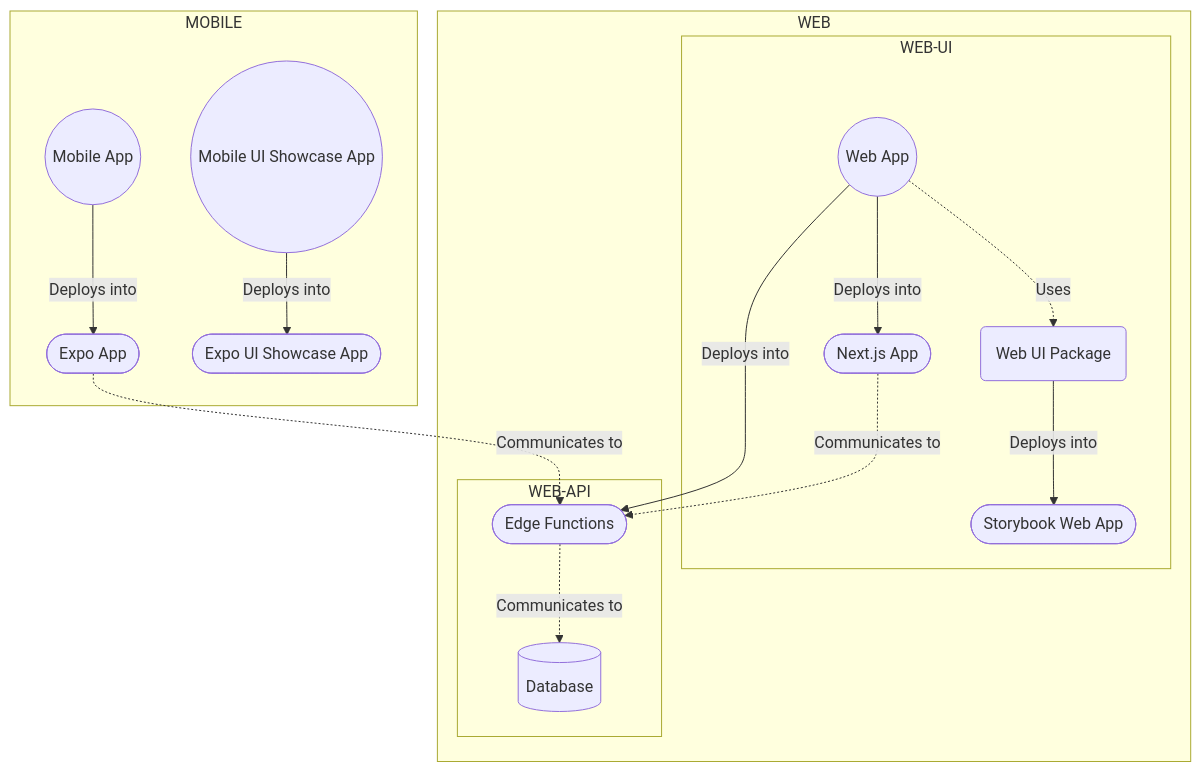
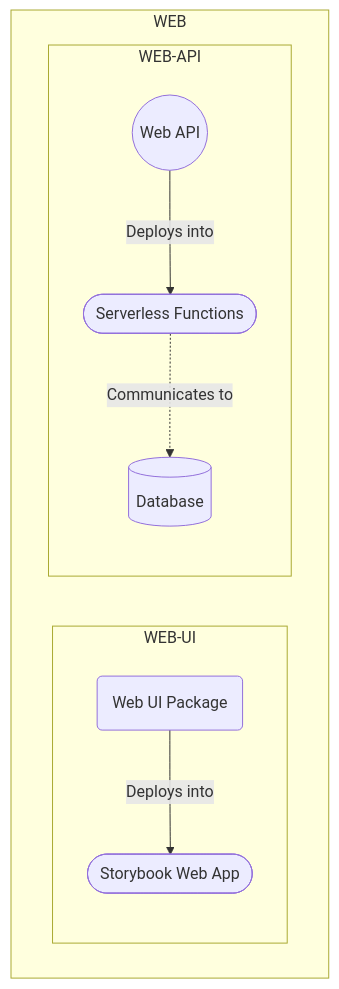
The first of 2 diagrams in docs/architecture/general.md (Rock-n-Prog/static-ts-monorepo-starter-pack), drawn with Mermaid before and after one commit. The commit also changed other lines of this file and 259 other files, not shown here.

````diff
--- a/docs/architecture/general.md
+++ b/docs/architecture/general.md
@@ -10,33 +10,19 @@
 ```mermaid
 graph TD;
-  apps-web((Web App))
-  apps-mobile((Mobile App))
-  apps-mobile-ui-showcase((Mobile UI Showcase App))
+  apps-api((Web API))
   packages-web-ui(Web UI Package)
-  component-nextjs-app([Next.js App])
-  component-edge-functions([Edge Functions])
-  component-expo-app([Expo App])
+  component-serverless-functions([Serverless Functions])
   component-storybook-web-app([Storybook Web App])
-  component-expo-ui-showcase-app([Expo UI Showcase App])
   component-db[(Database)]
 
   subgraph WEB
     subgraph WEB-UI
-      apps-web --> |Deploys into| component-nextjs-app
-      apps-web -.-> |Uses| packages-web-ui
       packages-web-ui --> |Deploys into| component-storybook-web-app
     end
 
     subgraph WEB-API
-      apps-web --> |Deploys into| component-edge-functions
-      component-nextjs-app -.-> |Communicates to| component-edge-functions
-      component-edge-functions -.-> |Communicates to| component-db
+      apps-api --> |Deploys into| component-serverless-functions
+      component-serverless-functions -.-> |Communicates to| component-db
     end
   end
-
-  subgraph MOBILE
-    apps-mobile --> |Deploys into| component-expo-app
-    component-expo-app -.-> |Communicates to| component-edge-functions
-    apps-mobile-ui-showcase --> |Deploys into| component-expo-ui-showcase-app
-  end
 ```
````
